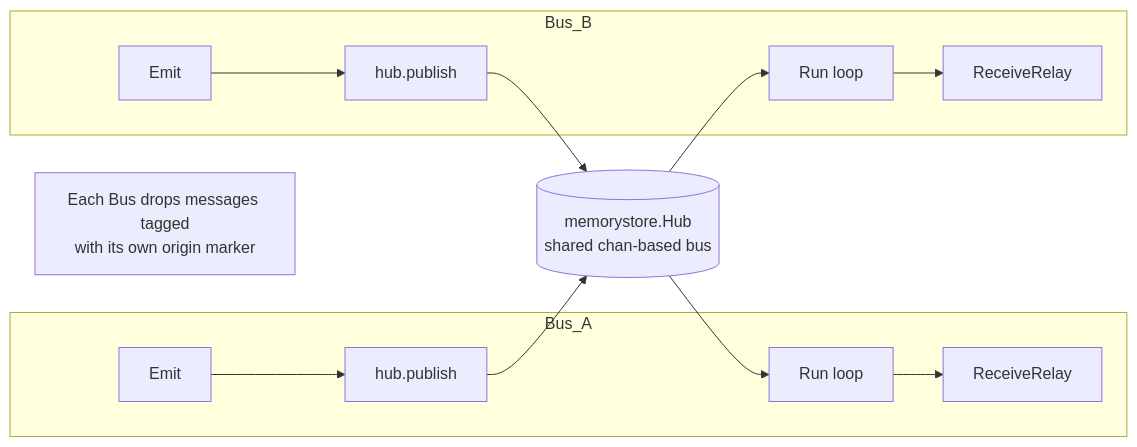
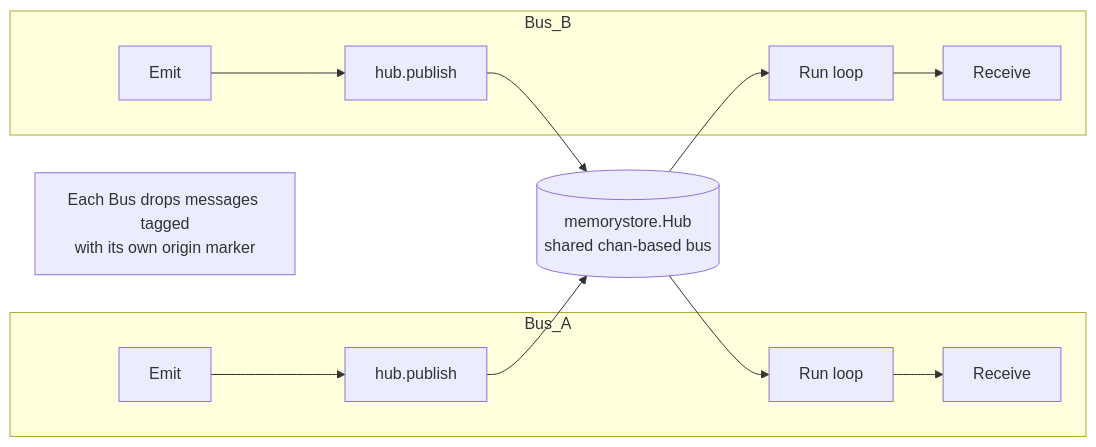
Diagram 13 of 22 in docs/MULTI_REPLICA.md (panyam/mcpkit), drawn with Mermaid before and after one commit. The commit also changed other lines of this file and 15 other files, not shown here.

````diff
--- a/docs/MULTI_REPLICA.md
+++ b/docs/MULTI_REPLICA.md
@@ -347,17 +347,17 @@
 ```mermaid
 flowchart LR
     subgraph Bus_A
         Emit_A[Emit] --> Pub_A[hub.publish]
-        Run_A[Run loop] --> Recv_A[ReceiveRelay]
+        Run_A[Run loop] --> Recv_A[Receive]
     end
     subgraph Bus_B
         Emit_B[Emit] --> Pub_B[hub.publish]
-        Run_B[Run loop] --> Recv_B[ReceiveRelay]
+        Run_B[Run loop] --> Recv_B[Receive]
     end
     Hub[(memorystore.Hub<br/>shared chan-based bus)]
     Pub_A --> Hub
     Pub_B --> Hub
     Hub --> Run_A
     Hub --> Run_B
     Note["Each Bus drops messages tagged<br/>with its own origin marker"]
 ```
````
